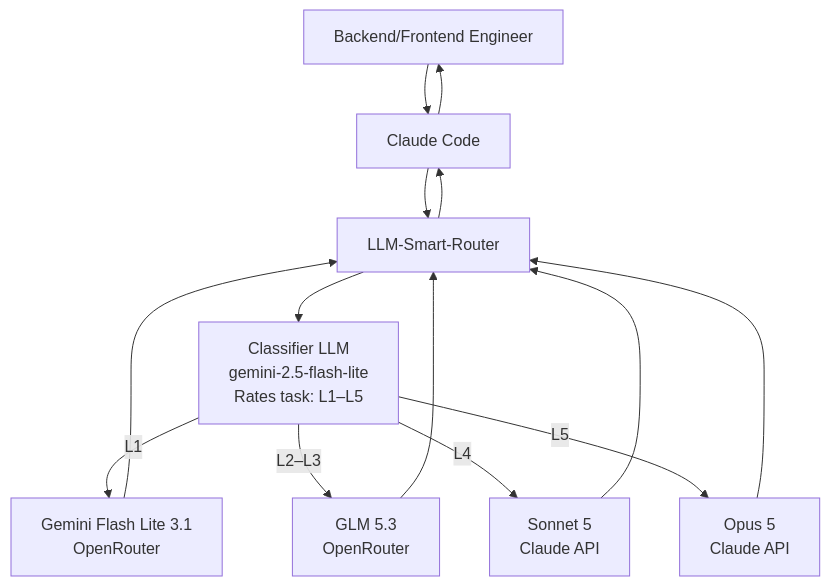
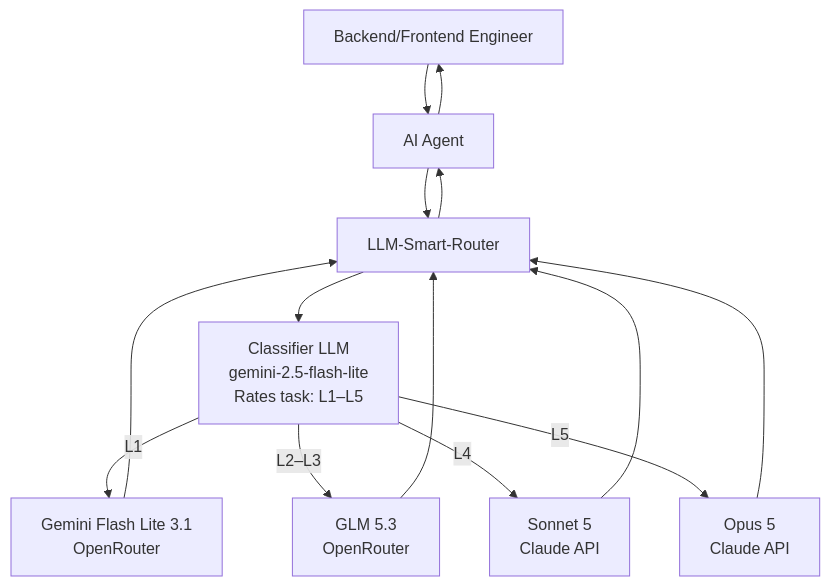
One commit to Green-Needle-Tech/llm-smart-router changed the diagram in README.md. Above: the diagram before and after it, drawn with Mermaid.

Commit message:
feat: Change 'Claude Code' to 'AI Agent' in smart router flowchart

````diff
--- a/README.md
+++ b/README.md
@@ -42,19 +42,19 @@
 ```mermaid
 flowchart TD
-    A[Backend/Frontend Engineer] --> B[Claude Code]
+    A[Backend/Frontend Engineer] --> B[AI Agent]
     B --> C[LLM-Smart-Router]
     C --> D[Classifier LLM<br/>gemini-2.5-flash-lite<br/>Rates task: L1–L5]
 
     D -->|L1| E[Gemini Flash Lite 3.1<br/>OpenRouter]
     D -->|L2–L3| F[GLM 5.3<br/>OpenRouter]
     D -->|L4| G[Sonnet 5<br/>Claude API]
     D -->|L5| H[Opus 5<br/>Claude API]
 
     E --> C
     F --> C
     G --> C
     H --> C
 
     C --> B
     B --> A
 ```
````
